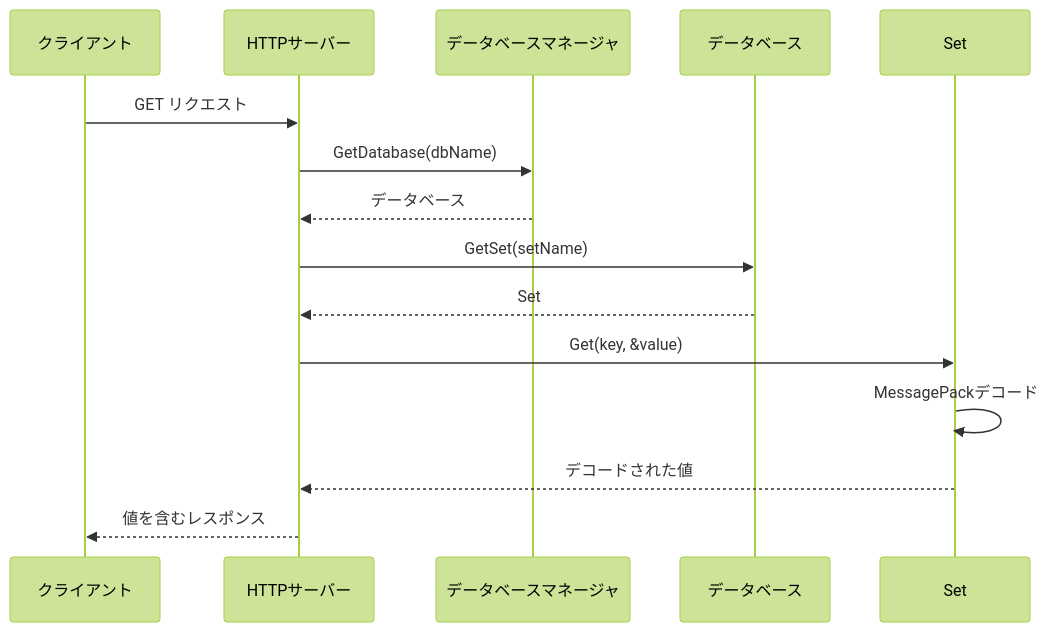
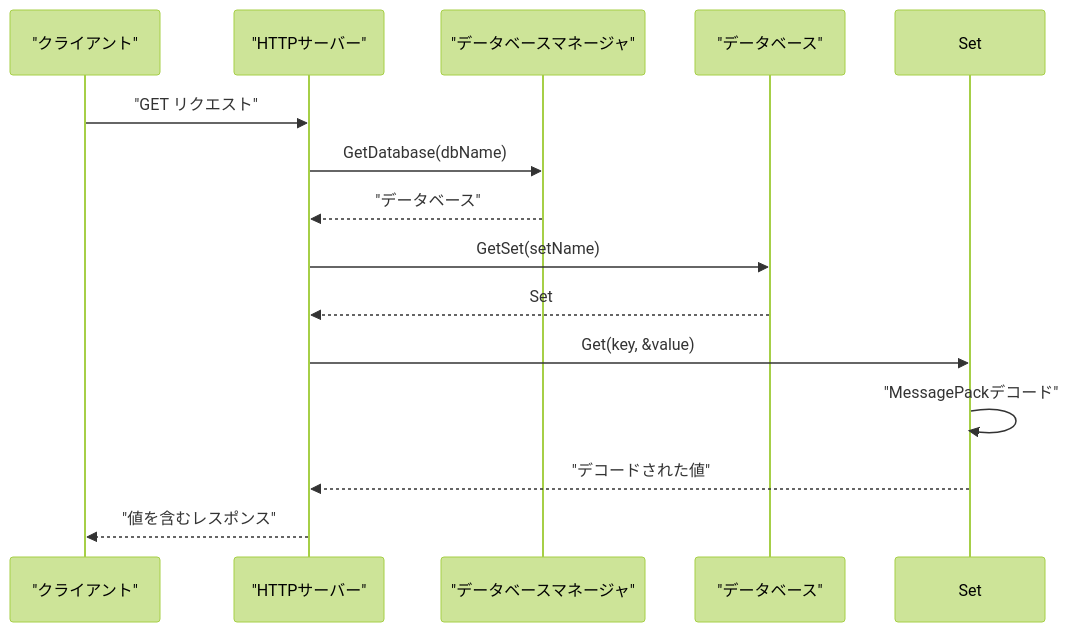
The tenth of 11 diagrams in textbooks/02_architecture.md (ssig33/fuckbase), drawn with Mermaid (forest theme) before and after one commit. The commit also changed other lines of this file and 6 other files, not shown here.

Commit message:
Fix Mermaid diagrams by properly enclosing Japanese text in double quotes to prevent control character misinterpretation

````diff
--- a/textbooks/02_architecture.md
+++ b/textbooks/02_architecture.md
@@ -202,18 +202,18 @@
 ```mermaid
 sequenceDiagram
-    participant Client as クライアント
-    participant Server as HTTPサーバー
-    participant DBManager as データベースマネージャ
-    participant DB as データベース
+    participant Client as "クライアント"
+    participant Server as "HTTPサーバー"
+    participant DBManager as "データベースマネージャ"
+    participant DB as "データベース"
     participant Set as Set
     
-    Client->>Server: GET リクエスト
+    Client->>Server: "GET リクエスト"
     Server->>DBManager: GetDatabase(dbName)
-    DBManager-->>Server: データベース
+    DBManager-->>Server: "データベース"
     Server->>DB: GetSet(setName)
     DB-->>Server: Set
     Server->>Set: Get(key, &value)
-    Set->>Set: MessagePackデコード
-    Set-->>Server: デコードされた値
-    Server-->>Client: 値を含むレスポンス
+    Set->>Set: "MessagePackデコード"
+    Set-->>Server: "デコードされた値"
+    Server-->>Client: "値を含むレスポンス"
 ```
````
